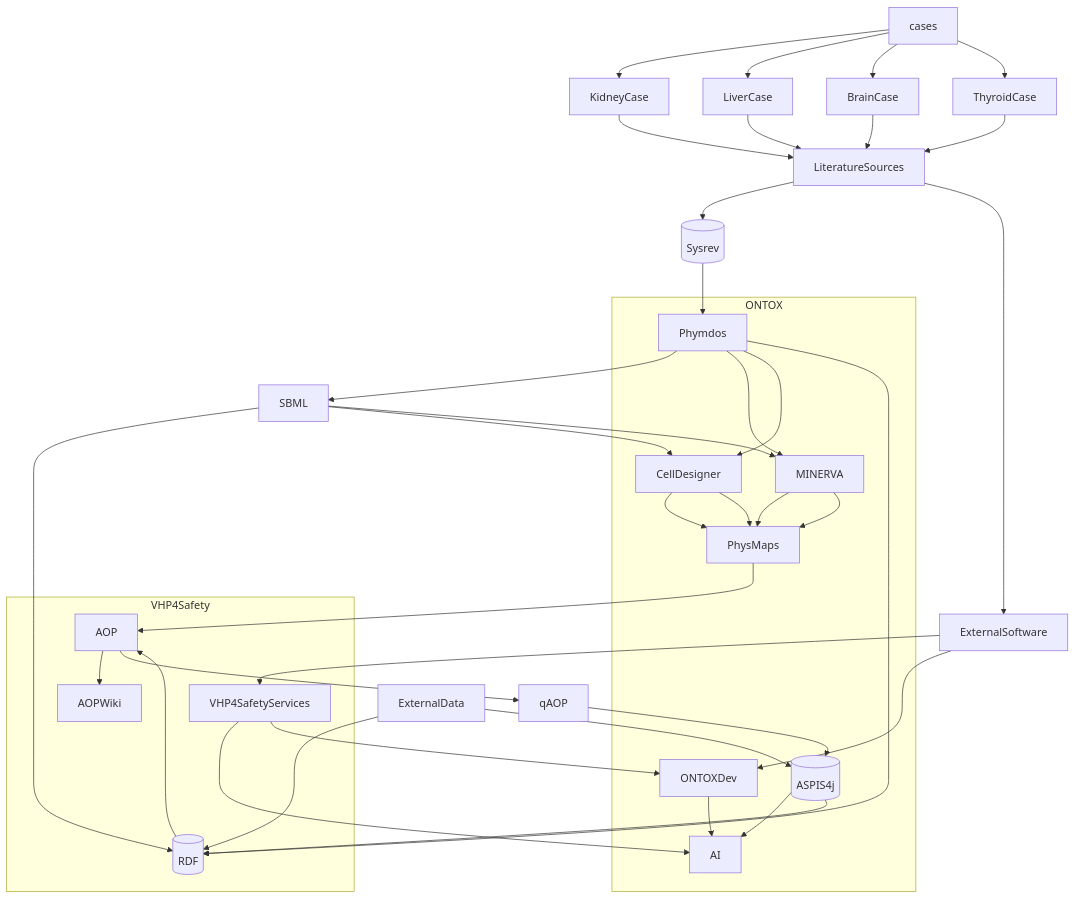
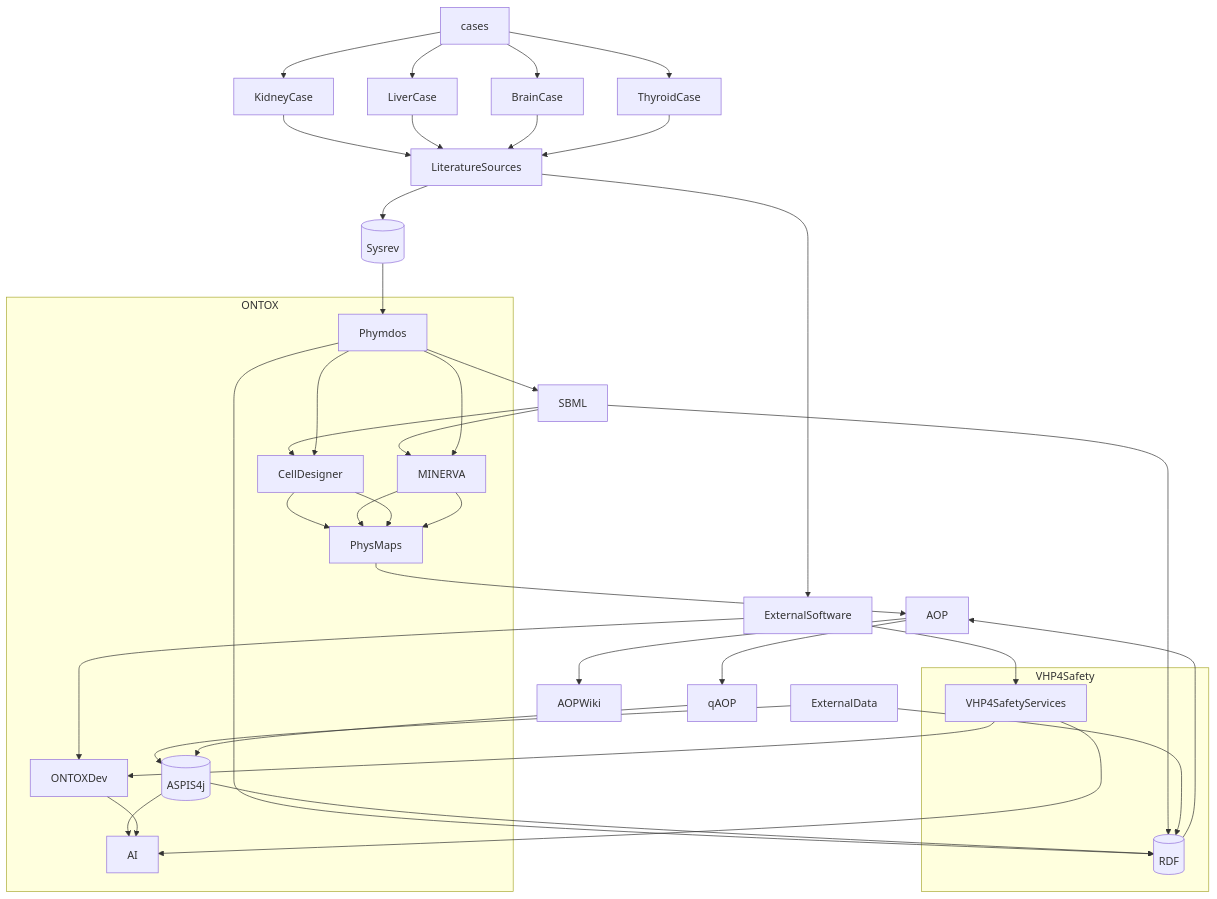
The diagram in ONTOX-vs-VHP4Safety.md (ontox-hu/workflows), drawn with Mermaid before and after one commit.

````diff
--- a/ONTOX-vs-VHP4Safety.md
+++ b/ONTOX-vs-VHP4Safety.md
@@ -1,61 +1,61 @@
 ```mermaid
 flowchart TB
 
     cases-->KidneyCase
     cases-->LiverCase
     cases-->BrainCase
     cases-->ThyroidCase 
     KidneyCase-->LiteratureSources
     LiverCase-->LiteratureSources
     BrainCase-->LiteratureSources
     ThyroidCase-->LiteratureSources
     LiteratureSources-->Sysrev[(Sysrev)]
     Sysrev[(Sysrev)]-->Phymdos
     Phymdos-->SBML
     SBML-->CellDesigner
     SBML-->MINERVA
     SBML-->RDF[(RDF)]
     CellDesigner-->PhysMaps
     MINERVA-->PhysMaps
     PhysMaps-->AOP
  
  %%%%%%%%%%%%%%%%%%%%%%%%%%%%%%%
  
     subgraph ONTOX
     
     ONTOXDev
     Phymdos-->MINERVA
     Phymdos-->CellDesigner
     CellDesigner-->PhysMaps
     MINERVA-->PhysMaps
     ASPIS4j[(ASPIS4j)]-->AI
     
     end
  
  %%%%%%%%%%%%%%%%%%%%%%%%%%%%%%%%
  
     subgraph VHP4Safety
     
     Phymdos-->RDF[(RDF)]
-    RDF[(RDF)]-->AOP
-    AOP-->AOPWiki
     VHP4SafetyServices
     VHP4SafetyServices-->AI
     ONTOXDev-->AI
     
     end
     
- %%%%%%%%%%%%%%%%%%%%%%%%%%%%%%%%%%   
-    
+ %%%%%%%%%%%%%%%%%%%%%%%%%%%%%%%%%%
+ 
+    RDF[(RDF)]-->AOP
+    AOP-->AOPWiki
     VHP4SafetyServices-->ONTOXDev
     AOP-->qAOP
     LiteratureSources-->ExternalSoftware
     ExternalSoftware-->VHP4SafetyServices
     ExternalSoftware-->ONTOXDev
     ExternalData-->ASPIS4j[(ASPIS4j)]
     qAOP-->ASPIS4j[(ASPIS4j)]
     ASPIS4j[(ASPIS4j)]-->RDF[(RDF)]
     ExternalData-->RDF[(RDF)]
     
     
 ```
````
